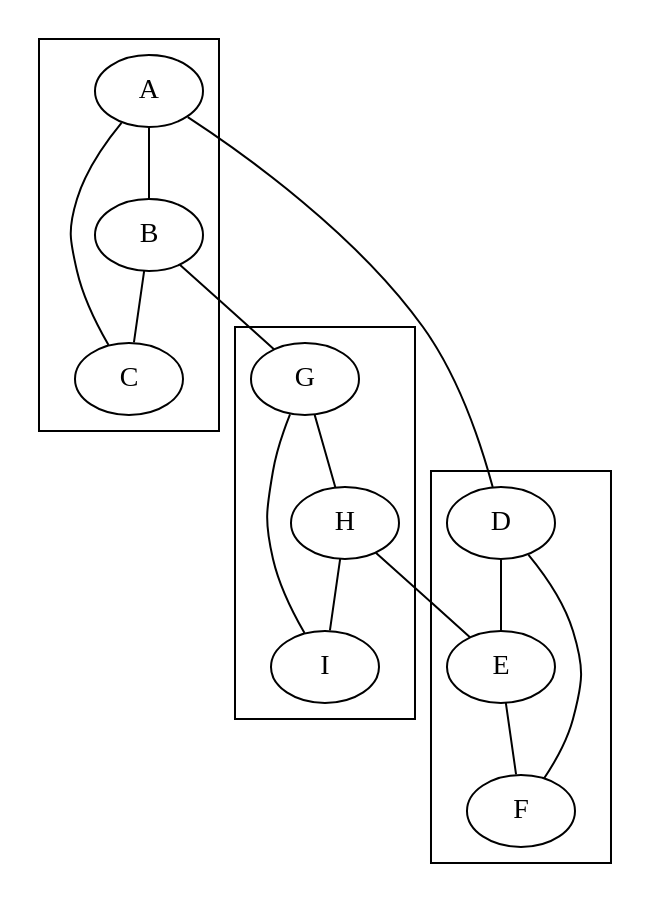
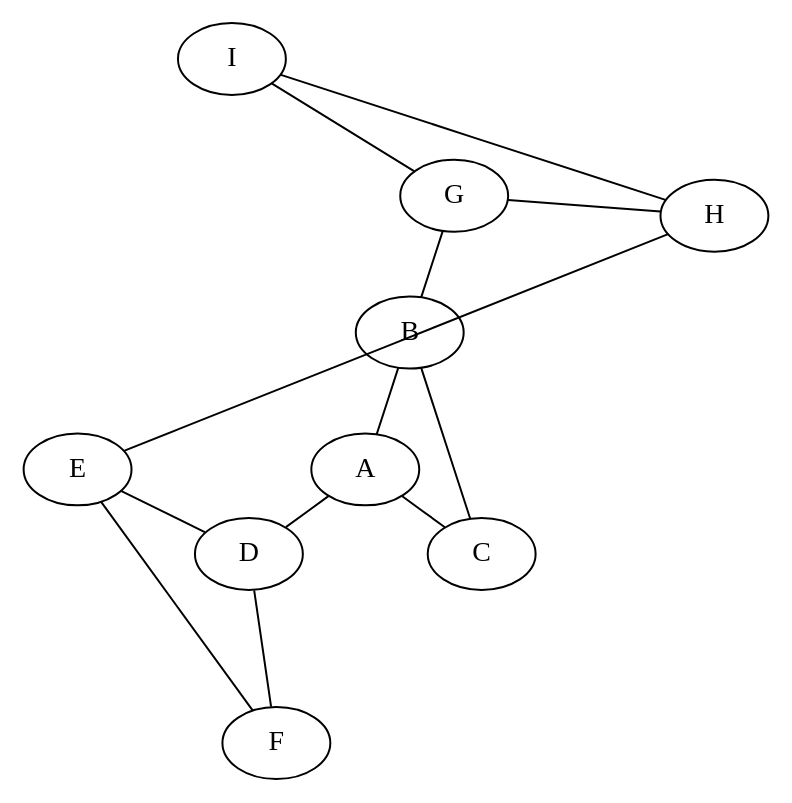
Before and after one commit to mikemol/mikemol.github.io: the diagram in assets/graphviz-dot-basics/complicated-undirected-graph-clustered-twopi/complicated-undirected-graph-clustered-twopi.dot, drawn with Graphviz.

Commit message:
Caught uncommited changes to complicated-undirected-graph-clustered-twopi. Preserving separately.

```diff
--- a/assets/graphviz-dot-basics/complicated-undirected-graph-clustered-twopi/complicated-undirected-graph-clustered-twopi.dot
+++ b/assets/graphviz-dot-basics/complicated-undirected-graph-clustered-twopi/complicated-undirected-graph-clustered-twopi.dot
@@ -1,23 +1,24 @@
 graph {
+    layout=twopi
     subgraph clusterA {
         A -- B
         B -- C
         C -- A
     }
 
     subgraph clusterB {
         D -- E
         E -- F
         F -- D
     }
 
     subgraph clusterC {
         G -- H
         H -- I
         I -- G
     }
 
     A -- D
     B -- G
     H -- E
 }
```
